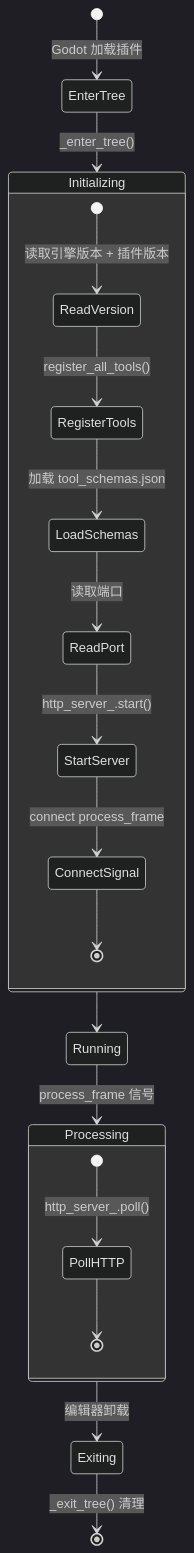
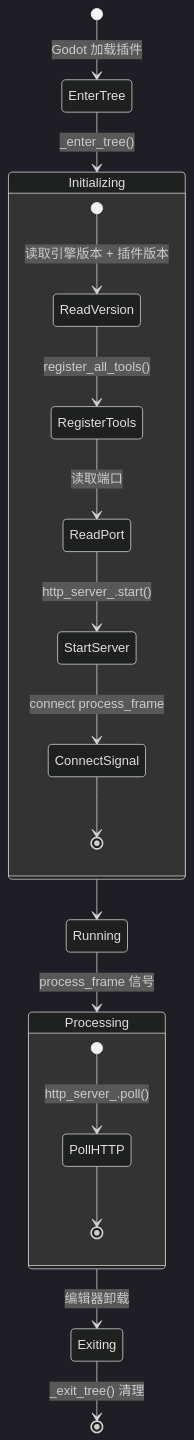
Before and after one commit to jesspig/GodotMCP-GDExtension: the third of 4 diagrams in docs/zh/guide/architecture.md, drawn with Mermaid (dark theme). The commit also changed 4 other files, not shown here.

First line of the commit message:
docs: 清理 tool_schemas.json 遗留引用

````diff
--- a/docs/zh/guide/architecture.md
+++ b/docs/zh/guide/architecture.md
@@ -74,26 +74,25 @@
 ```mermaid
 stateDiagram-v2
     [*] --> EnterTree: Godot 加载插件
     EnterTree --> Initializing: _enter_tree()
     
     state Initializing {
         [*] --> ReadVersion: 读取引擎版本 + 插件版本
         ReadVersion --> RegisterTools: register_all_tools()
-        RegisterTools --> LoadSchemas: 加载 tool_schemas.json
-        LoadSchemas --> ReadPort: 读取端口
+        RegisterTools --> ReadPort: 读取端口
         ReadPort --> StartServer: http_server_.start()
         StartServer --> ConnectSignal: connect process_frame
         ConnectSignal --> [*]
     }
     
     Initializing --> Running
     Running --> Processing: process_frame 信号
     
     state Processing {
         [*] --> PollHTTP: http_server_.poll()
         PollHTTP --> [*]
     }
     
     Processing --> Exiting: 编辑器卸载
     Exiting --> [*]: _exit_tree() 清理
 ```
````
